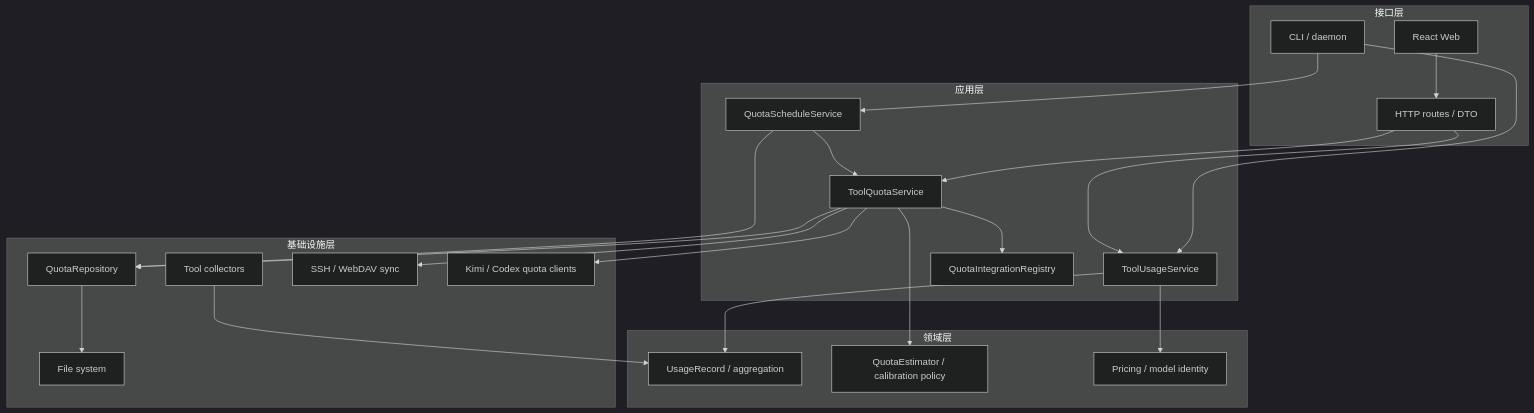
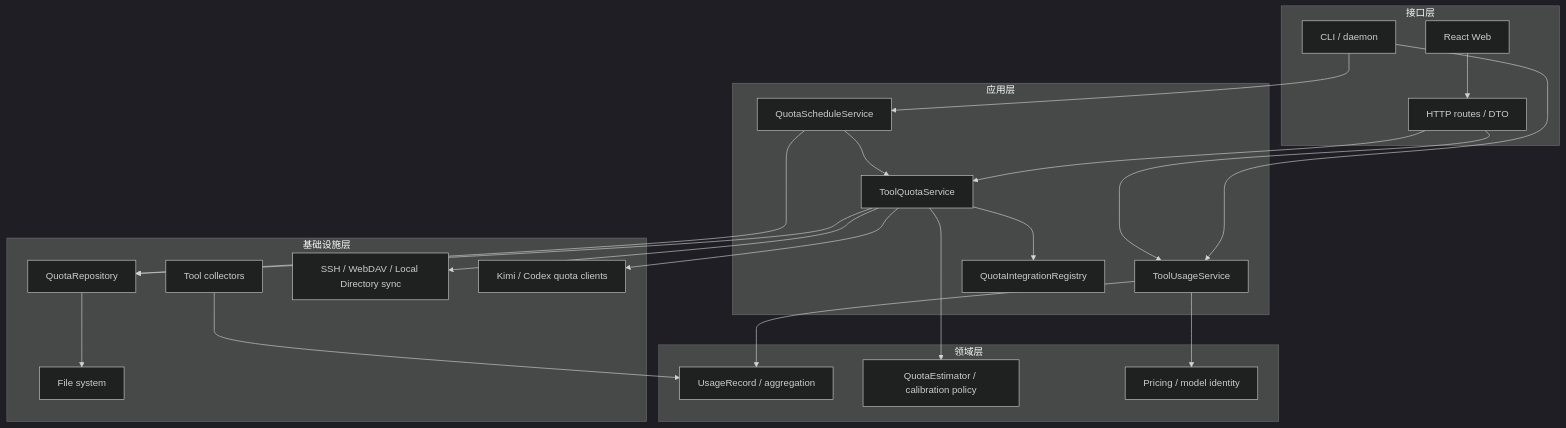
Before and after one commit to DoraJasmine/DoraMonitor: the third of 8 diagrams in docs/architecture-refactor-plan.md, drawn with Mermaid (dark theme). The commit also changed other lines of this file and 6 other files, not shown here.

````diff
--- a/docs/architecture-refactor-plan.md
+++ b/docs/architecture-refactor-plan.md
@@ -87,46 +87,46 @@
 ```mermaid
 flowchart TB
     subgraph Interfaces[接口层]
         WEB[React Web]
         CLI[CLI / daemon]
         HTTP[HTTP routes / DTO]
     end
 
     subgraph Application[应用层]
         US[ToolUsageService]
         QS[ToolQuotaService]
         MAP[QuotaIntegrationRegistry]
         SCH[QuotaScheduleService]
     end
 
     subgraph Domain[领域层]
         UR[UsageRecord / aggregation]
         QE[QuotaEstimator / calibration policy]
         PC[Pricing / model identity]
     end
 
     subgraph Infrastructure[基础设施层]
         TOOLS[Tool collectors]
         REPO[QuotaRepository]
-        SYNC[SSH / WebDAV sync]
+        SYNC[SSH / WebDAV / Local Directory sync]
         API[Kimi / Codex quota clients]
         FS[File system]
     end
 
     WEB --> HTTP
     CLI --> US
     CLI --> SCH
     HTTP --> US
     HTTP --> QS
     QS --> MAP
     US --> UR
     US --> PC
     QS --> QE
     SCH --> QS
     TOOLS --> UR
     QS --> REPO
     SCH --> REPO
     QS --> SYNC
     QS --> API
     REPO --> FS
 ```
````
